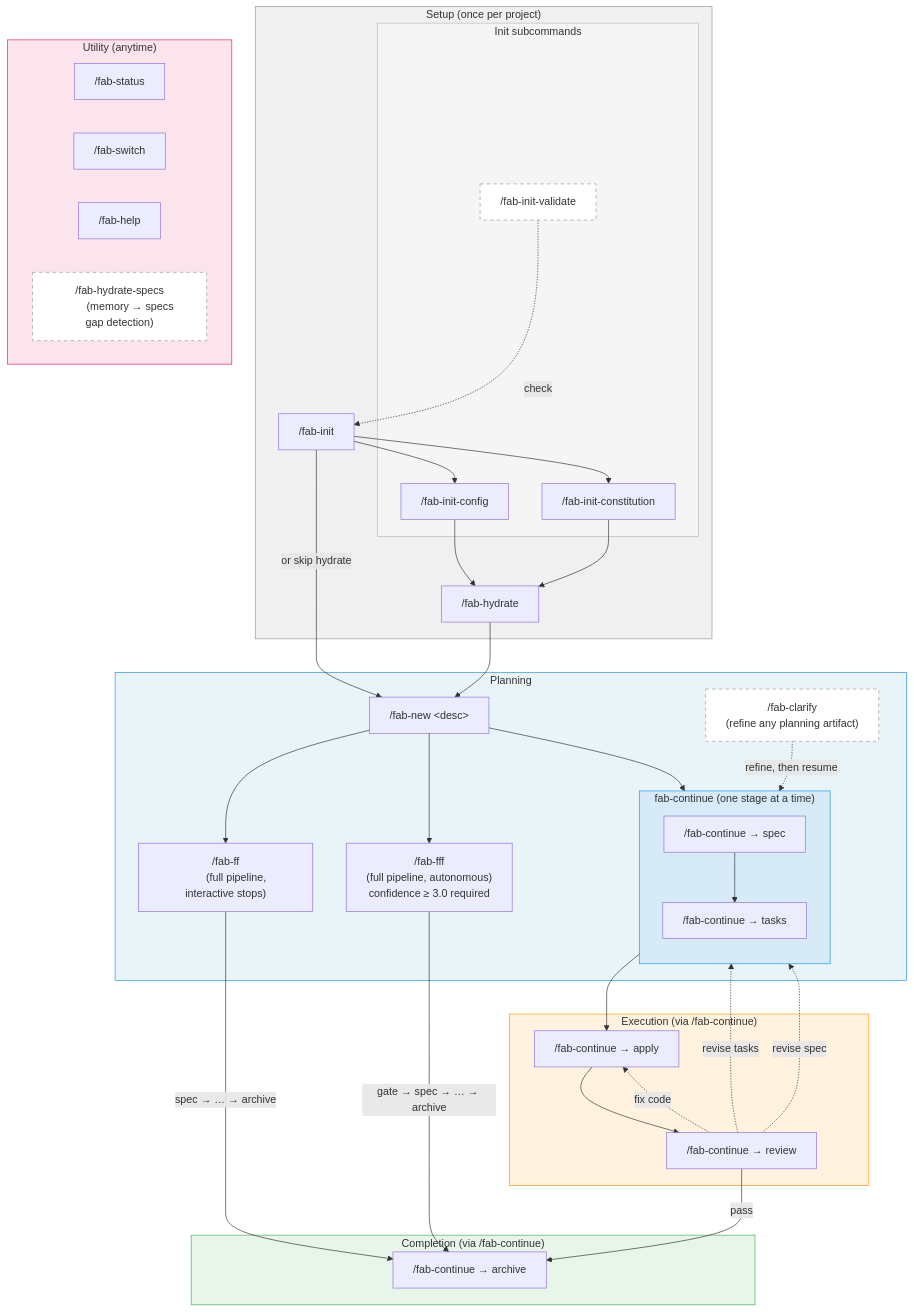
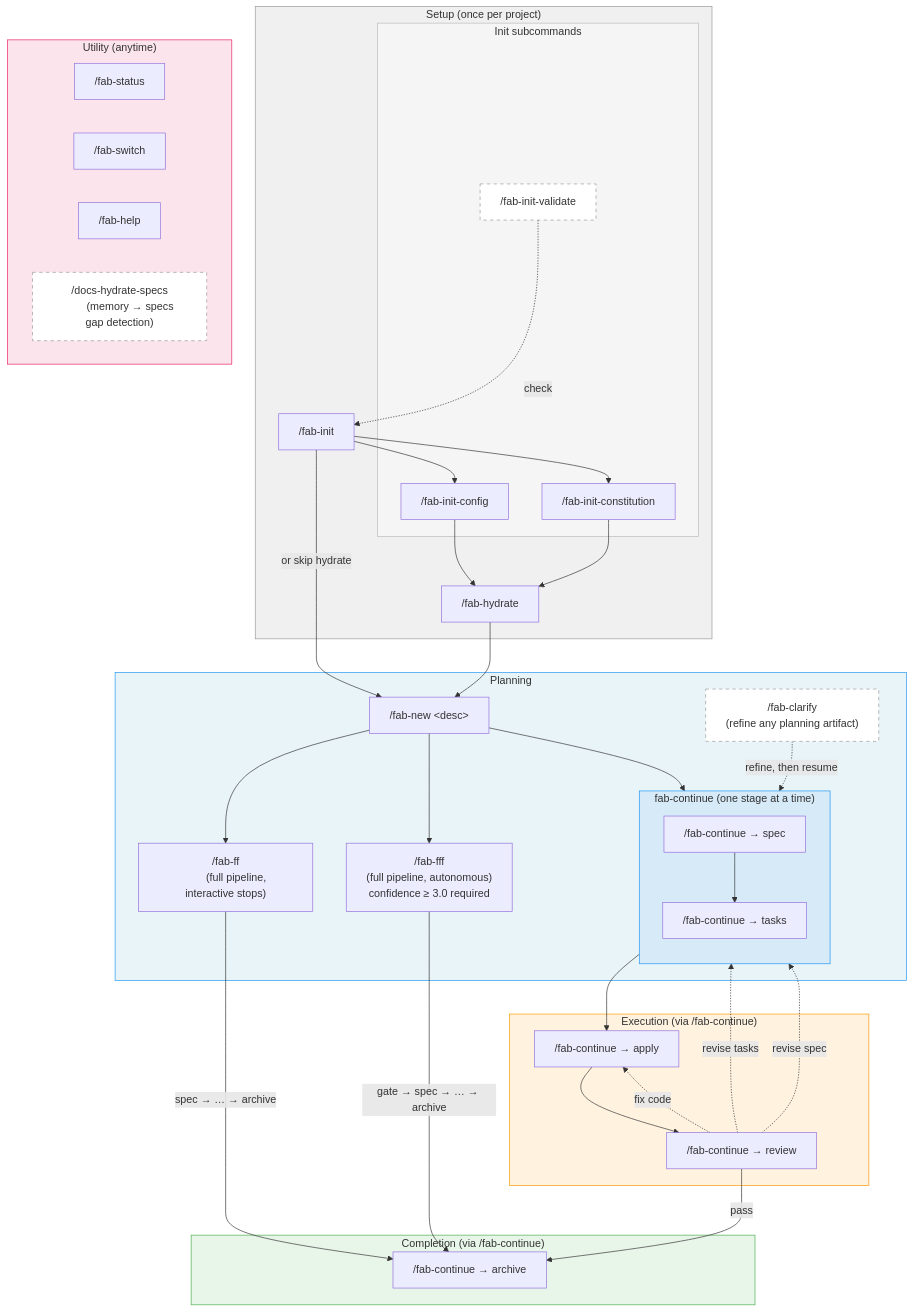
One commit to sahil87/fab-kit changed the third of 4 diagrams in fab/specs/user-flow.md. Above: the diagram before and after it, drawn with Mermaid. The commit also changed 29 other files, not shown here.

```diff
--- a/fab/specs/user-flow.md
+++ b/fab/specs/user-flow.md
@@ -110,7 +110,7 @@
         STATUS["/fab-status"]
         SWITCH["/fab-switch"]
         HELP["/fab-help"]
-        BACKFILL["/fab-hydrate-specs
+        BACKFILL["/docs-hydrate-specs
         (memory → specs gap detection)"]
     end
 
```
